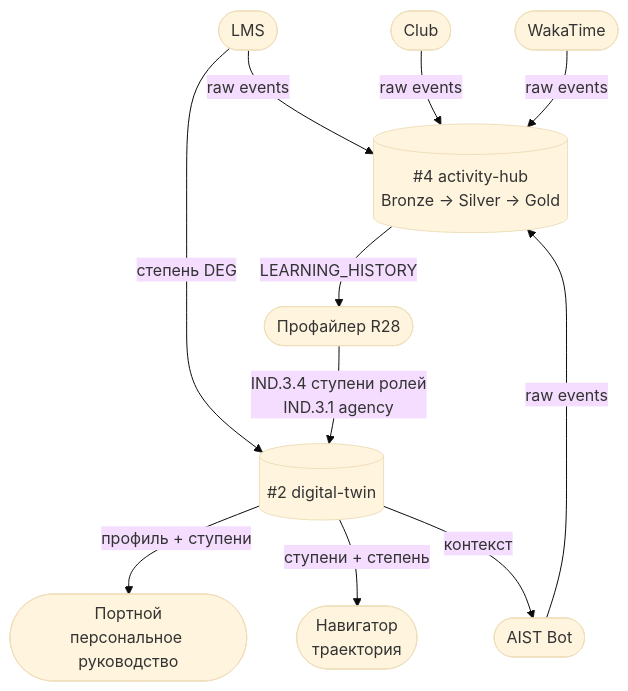
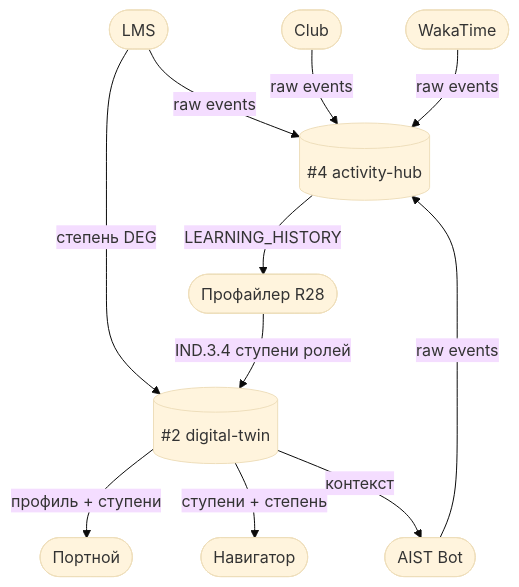
One commit to TserenTserenov/PACK-digital-platform changed the third of 10 diagrams in pack/digital-platform/02-domain-entities/DP.ARCH.004-neon-data-architecture.md. Above: the diagram before and after it, drawn with Mermaid (base theme). The commit also changed other lines of this file, not shown here.

First line of the commit message:
refactor(dp.arch.004): restructure §4 diagrams, fix §6 writers/readers

````diff
--- a/pack/digital-platform/02-domain-entities/DP.ARCH.004-neon-data-architecture.md
+++ b/pack/digital-platform/02-domain-entities/DP.ARCH.004-neon-data-architecture.md
@@ -209,17 +292,17 @@
 ```mermaid
 graph TD
     LMS([LMS]) -->|raw events| AH
     Club([Club]) -->|raw events| AH
     Bot([AIST Bot]) -->|raw events| AH
     WakaTime([WakaTime]) -->|raw events| AH
 
-    AH[(#4 activity-hub\nBronze → Silver → Gold)]
+    AH[(#4 activity-hub)]
 
     AH -->|LEARNING_HISTORY| Profiler([Профайлер R28])
     LMS -->|степень DEG| DT
-    Profiler -->|IND.3.4 ступени ролей\nIND.3.1 agency| DT[(#2 digital-twin)]
+    Profiler -->|IND.3.4 ступени ролей| DT[(#2 digital-twin)]
 
-    DT -->|профиль + ступени| Tailor([Портной\nперсональное руководство])
-    DT -->|ступени + степень| Navigator([Навигатор\nтраектория])
+    DT -->|профиль + ступени| Tailor([Портной])
+    DT -->|ступени + степень| Navigator([Навигатор])
     DT -->|контекст| Bot
 ```
````
